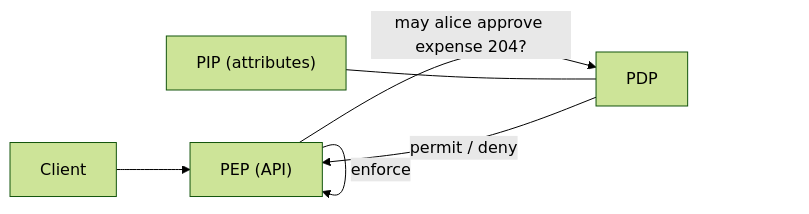
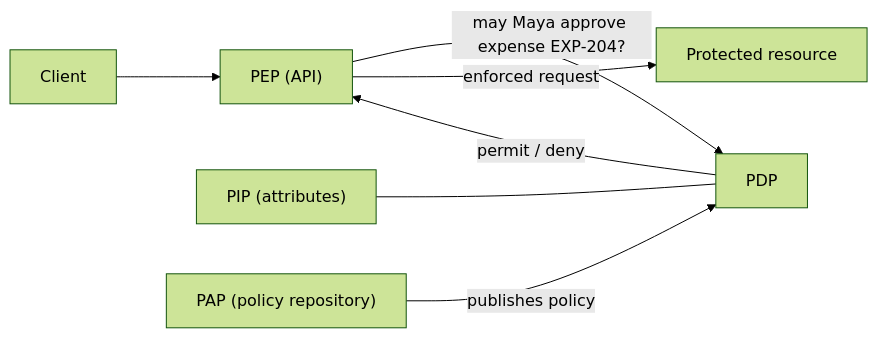
Before and after one commit to repson/iamnotroot: the diagram in content/patterns/policy-engines.md, drawn with Mermaid (forest theme). The commit also changed other lines of this file and 38 other files, not shown here.

````diff
--- a/content/patterns/policy-engines.md
+++ b/content/patterns/policy-engines.md
@@ -23,8 +23,9 @@
 ```mermaid
 flowchart LR
     client["Client"] --> pep["PEP (API)"]
-    pep -->|"may alice approve expense 204?"| pdp["PDP"]
+    pep -->|"may Maya approve expense EXP-204?"| pdp["PDP"]
     pdp -->|"permit / deny"| pep
-    pep -->|enforce| pep
+    pep -->|"enforced request"| resource["Protected resource"]
     pip["PIP (attributes)"] --- pdp
+    pap["PAP (policy repository)"] -->|publishes policy| pdp
 ```
````
